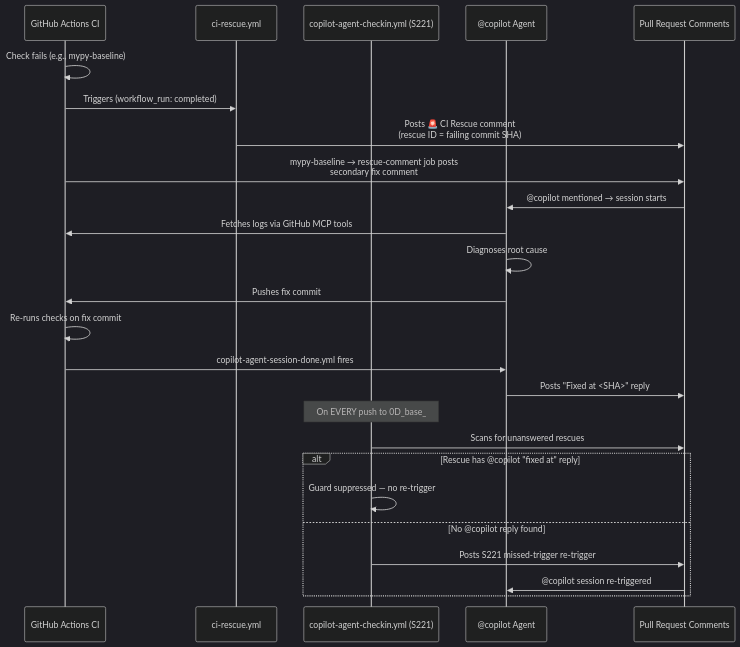
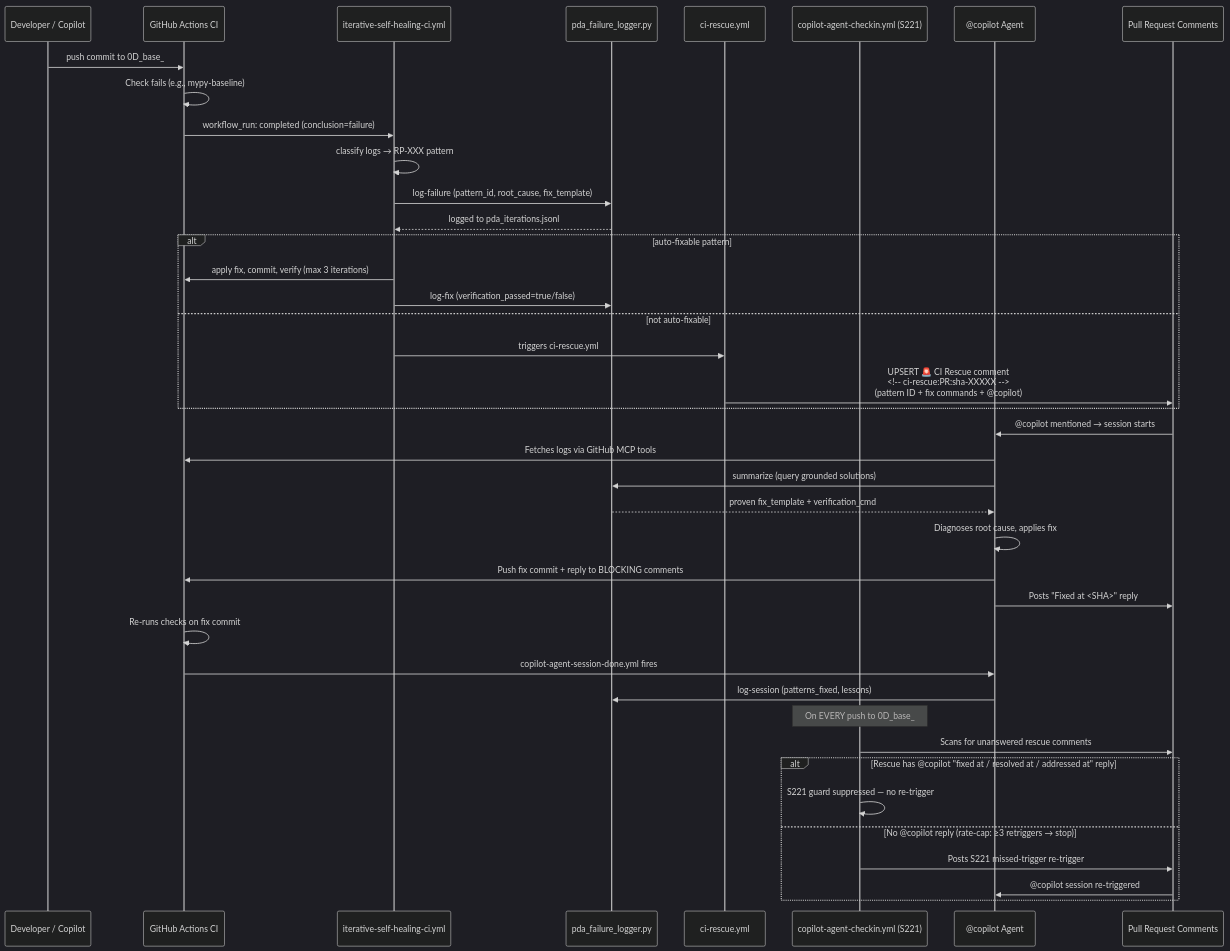
Before and after one commit to Aries-Serpent/_codex_: the second of 8 diagrams in docs/ci/PR_LIFECYCLE.md, drawn with Mermaid (dark theme). The commit also changed other lines of this file and 8 other files, not shown here.

First line of the commit message:
feat(S285): mypy.manager skill scaffold, PR_LIFECYCLE v1.6.0, PR template WEC overhaul

````diff
--- a/docs/ci/PR_LIFECYCLE.md
+++ b/docs/ci/PR_LIFECYCLE.md
@@ -302,31 +396,48 @@
 ```mermaid
 sequenceDiagram
+    participant Dev as Developer / Copilot
     participant CI as GitHub Actions CI
+    participant Healer as iterative-self-healing-ci.yml
+    participant PDA as pda_failure_logger.py
     participant Rescue as ci-rescue.yml
     participant Checkin as copilot-agent-checkin.yml (S221)
     participant Copilot as @copilot Agent
     participant PR as Pull Request Comments
 
+    Dev->>CI: push commit to 0D_base_
     CI->>CI: Check fails (e.g., mypy-baseline)
-    CI->>Rescue: Triggers (workflow_run: completed)
-    Rescue->>PR: Posts 🚨 CI Rescue comment<br/>(rescue ID = failing commit SHA)
-    CI->>PR: mypy-baseline → rescue-comment job posts<br/>secondary fix comment
+    CI->>Healer: workflow_run: completed (conclusion=failure)
+
+    Healer->>Healer: classify logs → RP-XXX pattern
+    Healer->>PDA: log-failure (pattern_id, root_cause, fix_template)
+    PDA-->>Healer: logged to pda_iterations.jsonl
+
+    alt auto-fixable pattern
+        Healer->>CI: apply fix, commit, verify (max 3 iterations)
+        Healer->>PDA: log-fix (verification_passed=true/false)
+    else not auto-fixable
+        Healer->>Rescue: triggers ci-rescue.yml
+        Rescue->>PR: UPSERT 🚨 CI Rescue comment<br/><!-- ci-rescue:PR:sha-XXXXX --><br/>(pattern ID + fix commands + @copilot)
+    end
 
     PR->>Copilot: @copilot mentioned → session starts
     Copilot->>CI: Fetches logs via GitHub MCP tools
-    Copilot->>Copilot: Diagnoses root cause
-    Copilot->>CI: Pushes fix commit
+    Copilot->>PDA: summarize (query grounded solutions)
+    PDA-->>Copilot: proven fix_template + verification_cmd
+    Copilot->>Copilot: Diagnoses root cause, applies fix
+    Copilot->>CI: Push fix commit + reply to BLOCKING comments
+    Copilot->>PR: Posts "Fixed at <SHA>" reply
 
     CI->>CI: Re-runs checks on fix commit
     CI->>Copilot: copilot-agent-session-done.yml fires
-    Copilot->>PR: Posts "Fixed at <SHA>" reply
+    Copilot->>PDA: log-session (patterns_fixed, lessons)
 
     Note over Checkin: On EVERY push to 0D_base_
-    Checkin->>PR: Scans for unanswered rescues
-    alt Rescue has @copilot "fixed at" reply
-        Checkin->>Checkin: Guard suppressed — no re-trigger
-    else No @copilot reply found
+    Checkin->>PR: Scans for unanswered rescue comments
+    alt Rescue has @copilot "fixed at / resolved at / addressed at" reply
+        Checkin->>Checkin: S221 guard suppressed — no re-trigger
+    else No @copilot reply (rate-cap: ≥3 retriggers → stop)
         Checkin->>PR: Posts S221 missed-trigger re-trigger
         PR->>Copilot: @copilot session re-triggered
     end
 ```
````
